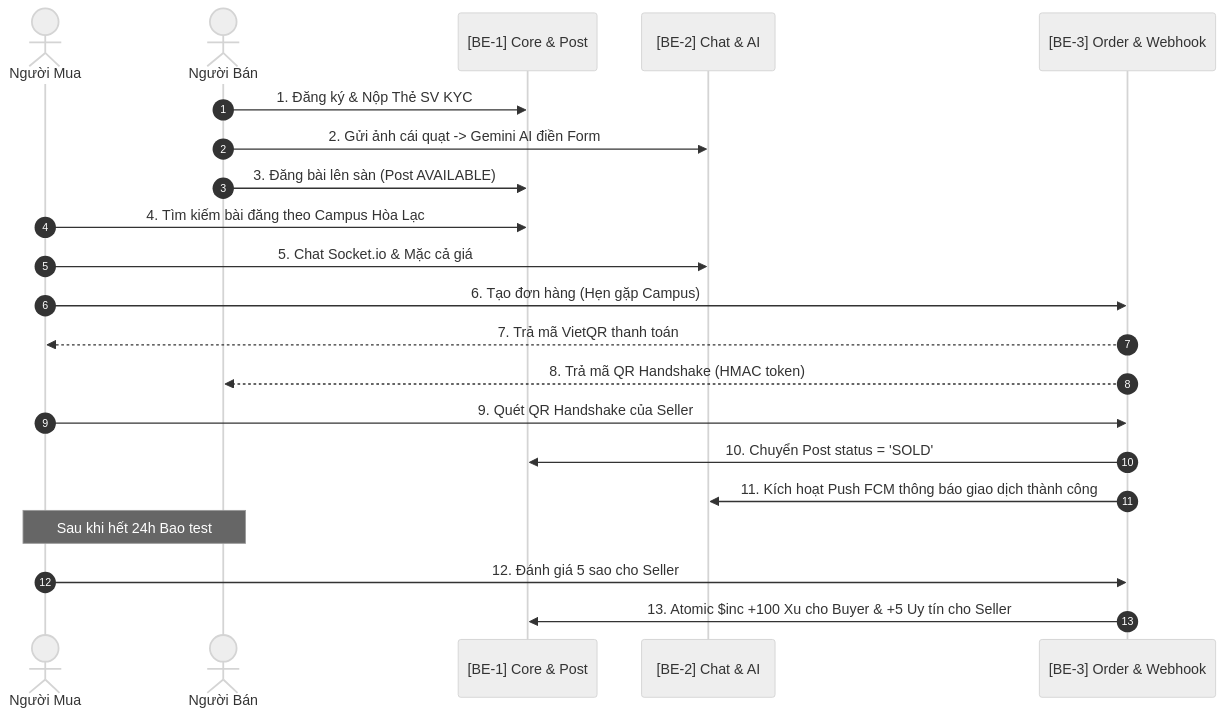
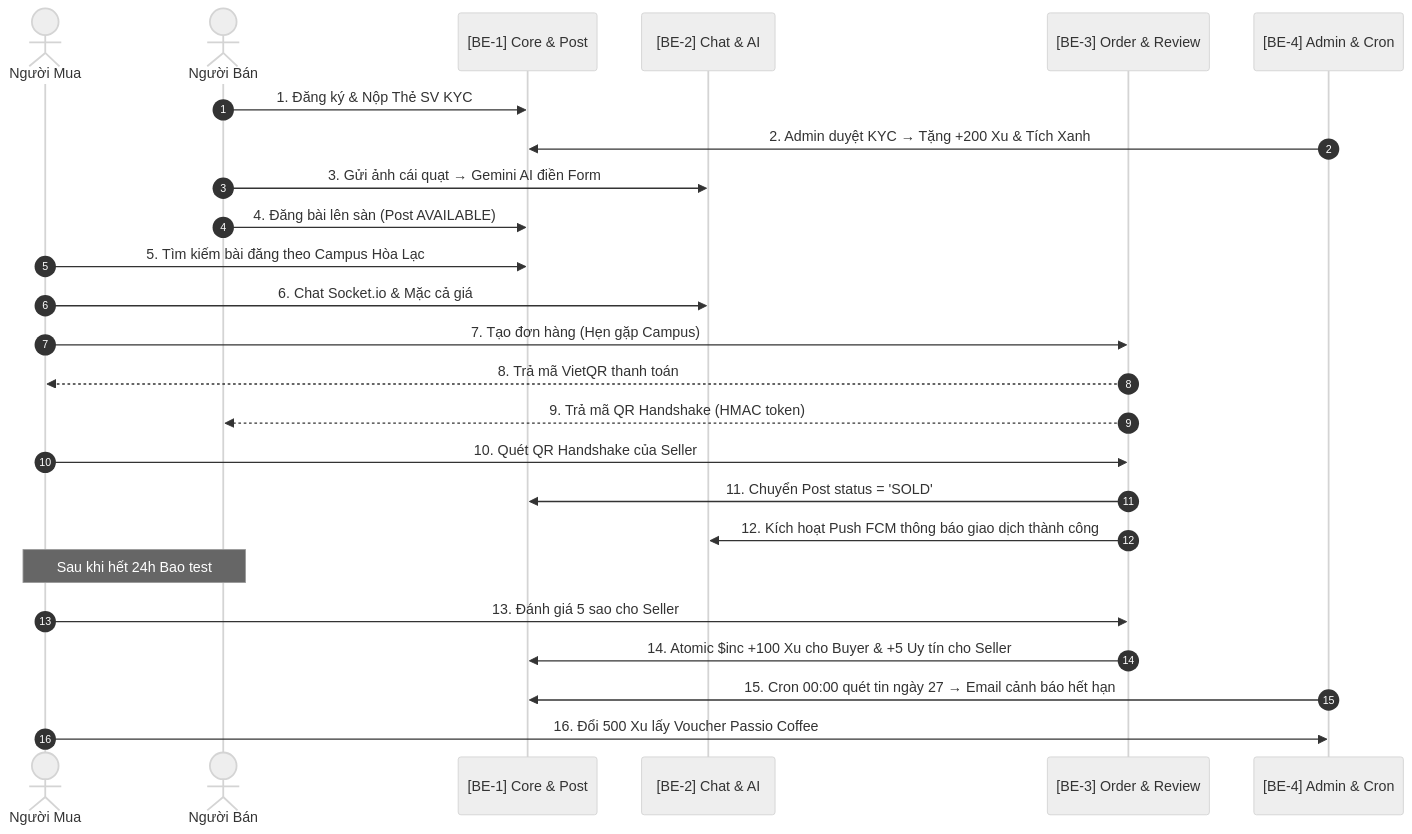
One commit to phongnha230/Market_FU changed the diagram in task.md. Above: the diagram before and after it, drawn with Mermaid (neutral theme). The commit also changed other lines of this file, not shown here.

Commit message:
docs(task): split BE-DEV 3 scope and add BE-DEV 4 for Admin, Vouchers and Cron

````diff
--- a/task.md
+++ b/task.md
@@ -200,24 +222,28 @@
 ```mermaid
 sequenceDiagram
     autonumber
     actor Buyer as Người Mua
     actor Seller as Người Bán
     participant BE1 as [BE-1] Core & Post
     participant BE2 as [BE-2] Chat & AI
-    participant BE3 as [BE-3] Order & Webhook
+    participant BE3 as [BE-3] Order & Review
+    participant BE4 as [BE-4] Admin & Cron
 
     Seller->>BE1: 1. Đăng ký & Nộp Thẻ SV KYC
-    Seller->>BE2: 2. Gửi ảnh cái quạt -> Gemini AI điền Form
-    Seller->>BE1: 3. Đăng bài lên sàn (Post AVAILABLE)
-    Buyer->>BE1: 4. Tìm kiếm bài đăng theo Campus Hòa Lạc
-    Buyer->>BE2: 5. Chat Socket.io & Mặc cả giá
-    Buyer->>BE3: 6. Tạo đơn hàng (Hẹn gặp Campus)
-    BE3-->>Buyer: 7. Trả mã VietQR thanh toán
-    BE3-->>Seller: 8. Trả mã QR Handshake (HMAC token)
-    Buyer->>BE3: 9. Quét QR Handshake của Seller
-    BE3->>BE1: 10. Chuyển Post status = 'SOLD'
-    BE3->>BE2: 11. Kích hoạt Push FCM thông báo giao dịch thành công
+    BE4->>BE1: 2. Admin duyệt KYC → Tặng +200 Xu & Tích Xanh
+    Seller->>BE2: 3. Gửi ảnh cái quạt → Gemini AI điền Form
+    Seller->>BE1: 4. Đăng bài lên sàn (Post AVAILABLE)
+    Buyer->>BE1: 5. Tìm kiếm bài đăng theo Campus Hòa Lạc
+    Buyer->>BE2: 6. Chat Socket.io & Mặc cả giá
+    Buyer->>BE3: 7. Tạo đơn hàng (Hẹn gặp Campus)
+    BE3-->>Buyer: 8. Trả mã VietQR thanh toán
+    BE3-->>Seller: 9. Trả mã QR Handshake (HMAC token)
+    Buyer->>BE3: 10. Quét QR Handshake của Seller
+    BE3->>BE1: 11. Chuyển Post status = 'SOLD'
+    BE3->>BE2: 12. Kích hoạt Push FCM thông báo giao dịch thành công
     Note over Buyer,Seller: Sau khi hết 24h Bao test
-    Buyer->>BE3: 12. Đánh giá 5 sao cho Seller
-    BE3->>BE1: 13. Atomic $inc +100 Xu cho Buyer & +5 Uy tín cho Seller
+    Buyer->>BE3: 13. Đánh giá 5 sao cho Seller
+    BE3->>BE1: 14. Atomic $inc +100 Xu cho Buyer & +5 Uy tín cho Seller
+    BE4->>BE1: 15. Cron 00:00 quét tin ngày 27 → Email cảnh báo hết hạn
+    Buyer->>BE4: 16. Đổi 500 Xu lấy Voucher Passio Coffee
 ```
````
